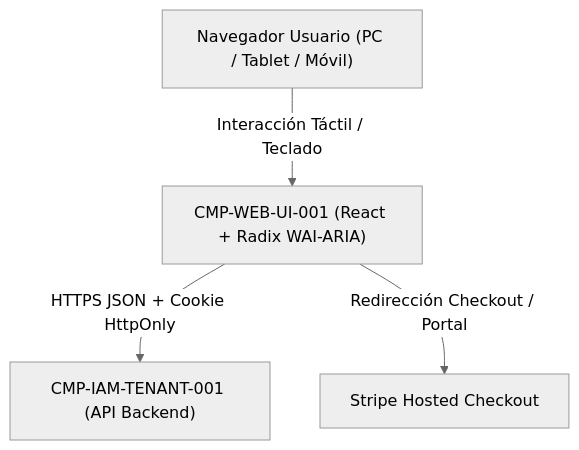
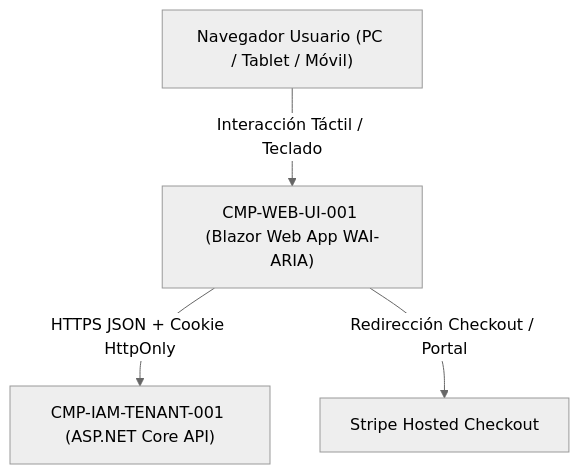
The diagram in specs/architecture/components/cmp-web-ui-001.md (altromon/Escandallo), drawn with Mermaid (neutral theme) before and after one commit. The commit also changed other lines of this file and 8263 other files, not shown here.

Commit message:
feat(release): complete Escandallo.Web UI, PostgreSQL 16 RLS schema, Docker deployment, and SDD integration (chg-001-escandallo-mvp)

````diff
--- a/specs/architecture/components/cmp-web-ui-001.md
+++ b/specs/architecture/components/cmp-web-ui-001.md
@@ -48,6 +58,6 @@
 ```mermaid
 graph TD
-    Browser["Navegador Usuario (PC / Tablet / Móvil)"] -->|Interacción Táctil / Teclado| UI["CMP-WEB-UI-001 (React + Radix WAI-ARIA)"]
-    UI -->|HTTPS JSON + Cookie HttpOnly| IAM["CMP-IAM-TENANT-001 (API Backend)"]
+    Browser["Navegador Usuario (PC / Tablet / Móvil)"] -->|Interacción Táctil / Teclado| UI["CMP-WEB-UI-001 (Blazor Web App WAI-ARIA)"]
+    UI -->|HTTPS JSON + Cookie HttpOnly| IAM["CMP-IAM-TENANT-001 (ASP.NET Core API)"]
     UI -->|Redirección Checkout / Portal| StripeCheckout["Stripe Hosted Checkout"]
 ```
````
